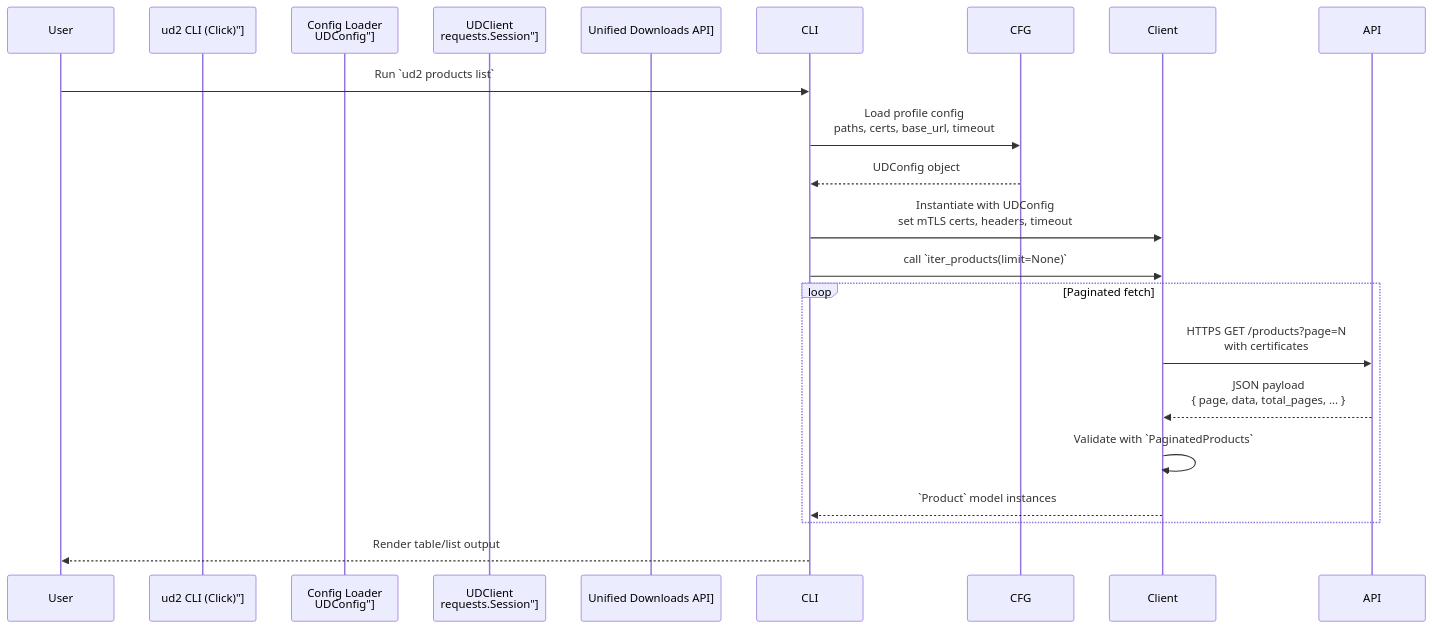
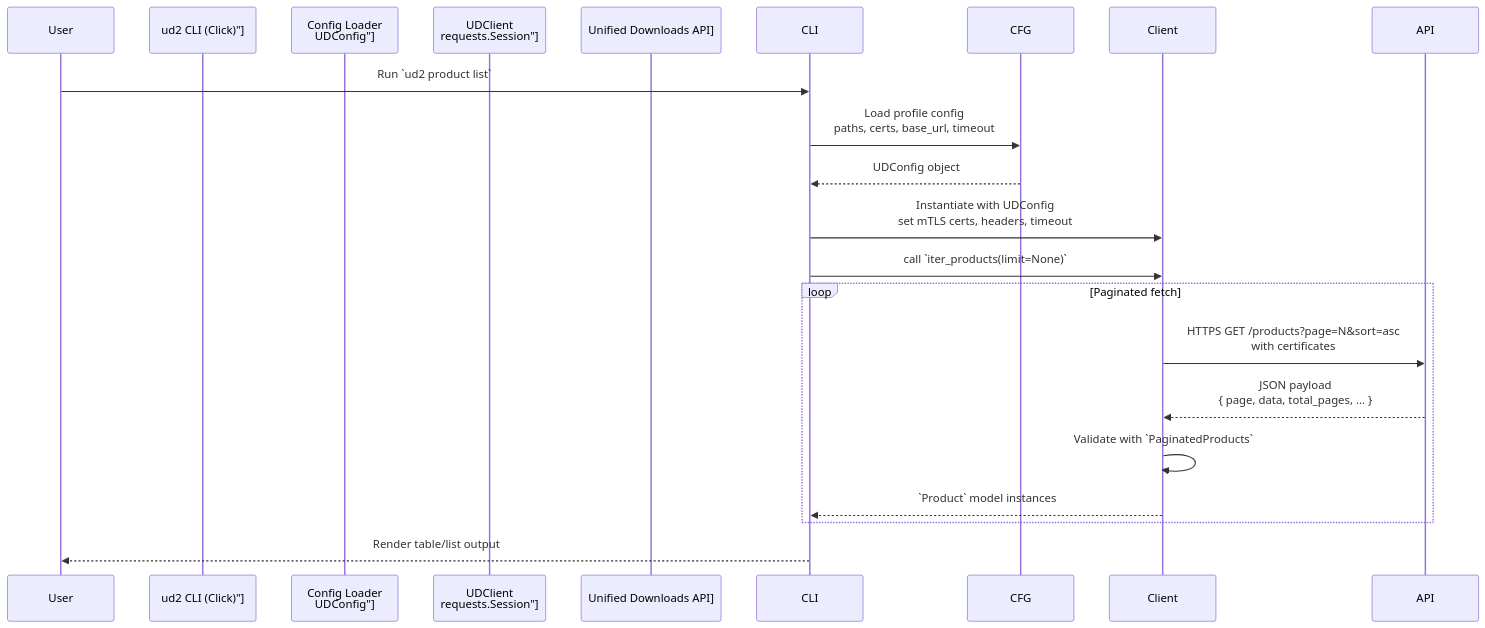
The diagram in docs/soa/data_flow.md (release-engineering/ud2), drawn with Mermaid before and after one commit. The commit also changed other lines of this file and 7 other files, not shown here.

First line of the commit message:
Document list ordering; add sort_version API support in CLI and models

````diff
--- a/docs/soa/data_flow.md
+++ b/docs/soa/data_flow.md
@@ -5,21 +5,21 @@
 ```{mermaid}
 sequenceDiagram
     participant User
     participant ["CLI as ud2 CLI (Click)"]
     participant ["CFG as Config Loader<br/>UDConfig"]
     participant ["Client as UDClient<br/>requests.Session"]
     participant [API as Unified Downloads API]
 
-    User->>CLI: Run `ud2 products list`
+    User->>CLI: Run `ud2 product list`
     CLI->>CFG: Load profile config<br/>paths, certs, base_url, timeout
     CFG-->>CLI: UDConfig object
     CLI->>Client: Instantiate with UDConfig<br/>set mTLS certs, headers, timeout
     CLI->>Client: call `iter_products(limit=None)`
     loop Paginated fetch
-        Client->>API: HTTPS GET /products?page=N<br/>with certificates
+        Client->>API: HTTPS GET /products?page=N&sort=asc<br/>with certificates
         API-->>Client: JSON payload<br/>{ page, data, total_pages, ... }
         Client->>Client: Validate with `PaginatedProducts`
         Client-->>CLI: `Product` model instances
     end
     CLI-->>User: Render table/list output
 ```
````
